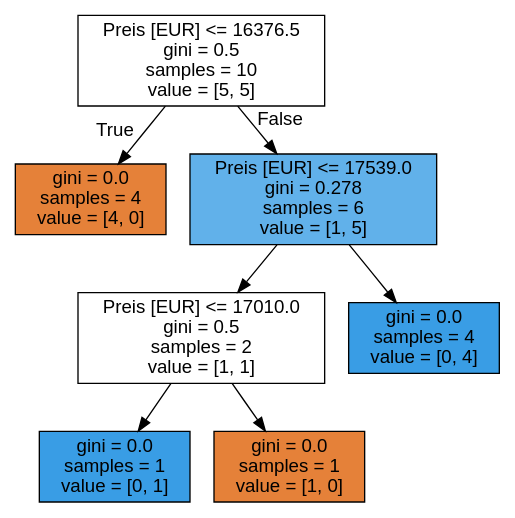
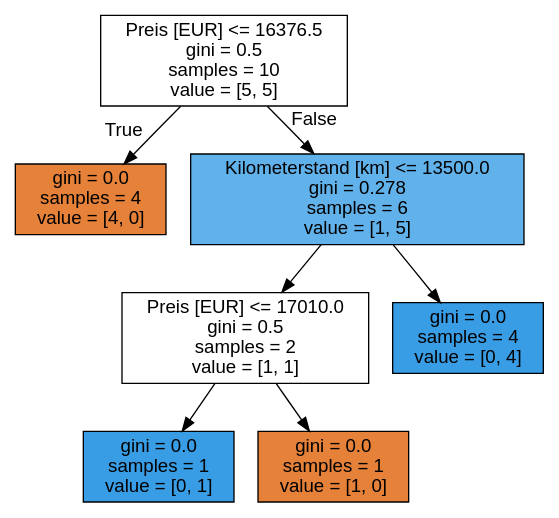
One commit to gramschs/book_dev changed the diagram in doc/ml_chapter11/entscheidungsbaum_autohaus.dot. Above: the diagram before and after it, drawn with Graphviz. The commit also changed 6 other files, not shown here.

```diff
--- a/doc/ml_chapter11/entscheidungsbaum_autohaus.dot
+++ b/doc/ml_chapter11/entscheidungsbaum_autohaus.dot
@@ -1,17 +1,17 @@
 digraph Tree {
 node [shape=box, style="filled", color="black", fontname="helvetica"] ;
 edge [fontname="helvetica"] ;
 0 [label="Preis [EUR] <= 16376.5\ngini = 0.5\nsamples = 10\nvalue = [5, 5]", fillcolor="#ffffff"] ;
 1 [label="gini = 0.0\nsamples = 4\nvalue = [4, 0]", fillcolor="#e58139"] ;
 0 -> 1 [labeldistance=2.5, labelangle=45, headlabel="True"] ;
-2 [label="Preis [EUR] <= 17539.0\ngini = 0.278\nsamples = 6\nvalue = [1, 5]", fillcolor="#61b1ea"] ;
+2 [label="Kilometerstand [km] <= 13500.0\ngini = 0.278\nsamples = 6\nvalue = [1, 5]", fillcolor="#61b1ea"] ;
 0 -> 2 [labeldistance=2.5, labelangle=-45, headlabel="False"] ;
 3 [label="Preis [EUR] <= 17010.0\ngini = 0.5\nsamples = 2\nvalue = [1, 1]", fillcolor="#ffffff"] ;
 2 -> 3 ;
 4 [label="gini = 0.0\nsamples = 1\nvalue = [0, 1]", fillcolor="#399de5"] ;
 3 -> 4 ;
 5 [label="gini = 0.0\nsamples = 1\nvalue = [1, 0]", fillcolor="#e58139"] ;
 3 -> 5 ;
 6 [label="gini = 0.0\nsamples = 4\nvalue = [0, 4]", fillcolor="#399de5"] ;
 2 -> 6 ;
 }
```
